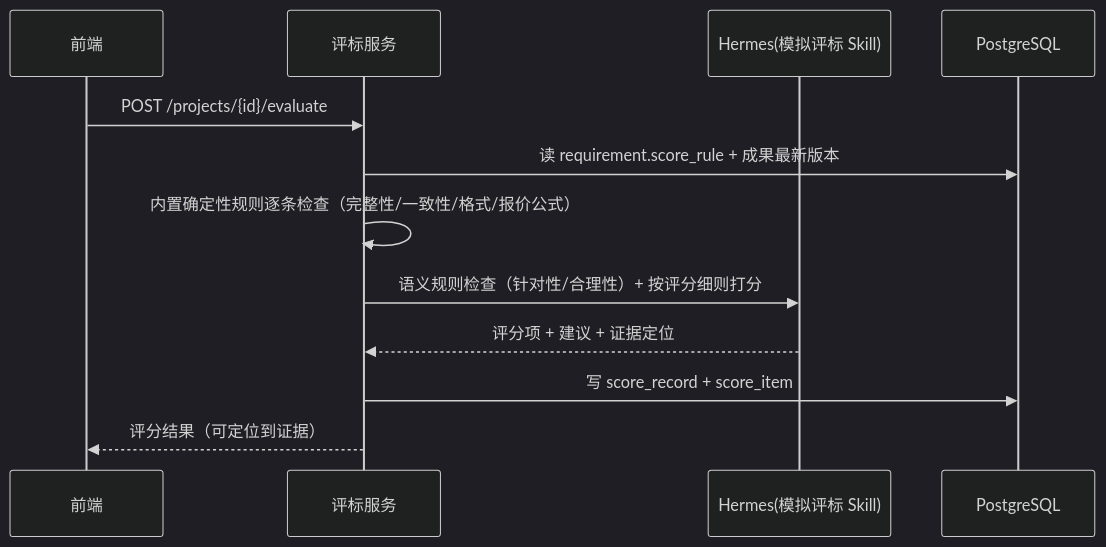
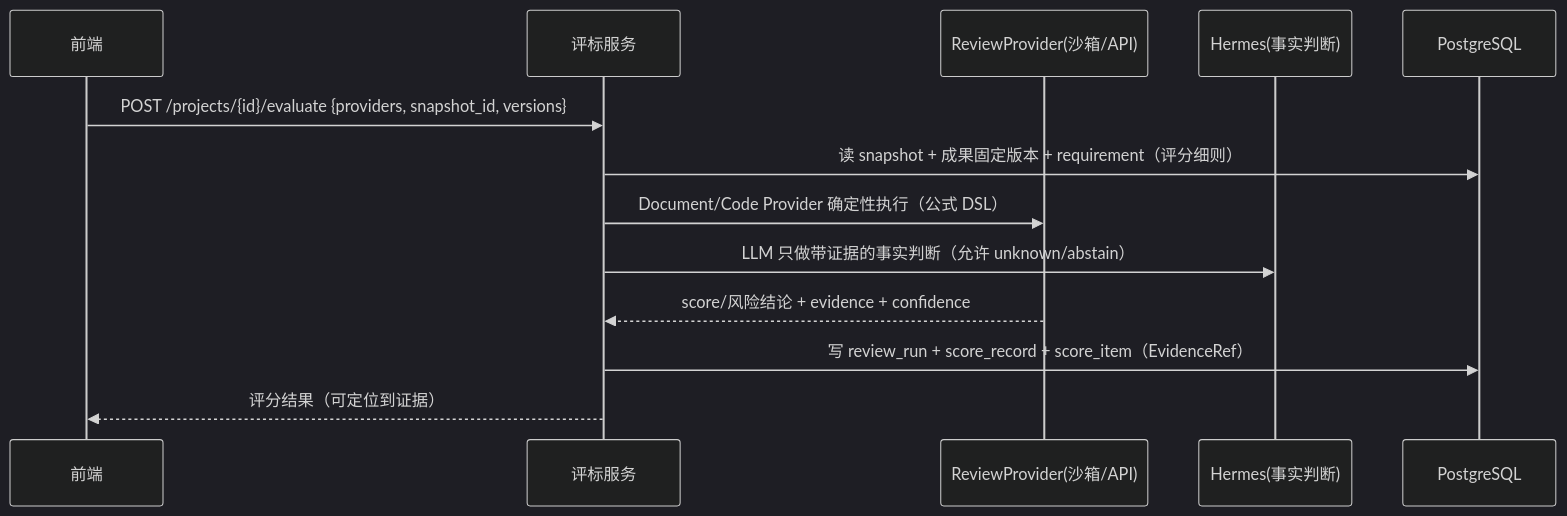
The eighth of 10 diagrams in docs/模块细化设计.md (aotocode2026/BidVolt), drawn with Mermaid (dark theme) before and after one commit. The commit also changed other lines of this file and 6 other files, not shown here.

Commit message:
docs: 按 Issue #1 产品决策修订架构(PostgreSQL+RLS/任务级授权/SSE白名单/ReviewProvider/最小快照/报价AI边界/材料归属/MCP契约补全)

````diff
--- a/docs/模块细化设计.md
+++ b/docs/模块细化设计.md
@@ -714,14 +763,15 @@
 ```mermaid
 sequenceDiagram
     participant U as 前端
     participant API as 评标服务
-    participant H as Hermes(模拟评标 Skill)
+    participant P as ReviewProvider(沙箱/API)
+    participant H as Hermes(事实判断)
     participant DB as PostgreSQL
-    U->>API: POST /projects/{id}/evaluate
-    API->>DB: 读 requirement.score_rule + 成果最新版本
-    API->>API: 内置确定性规则逐条检查（完整性/一致性/格式/报价公式）
-    API->>H: 语义规则检查（针对性/合理性）+ 按评分细则打分
-    H-->>API: 评分项 + 建议 + 证据定位
-    API->>DB: 写 score_record + score_item
+    U->>API: POST /projects/{id}/evaluate {providers, snapshot_id, versions}
+    API->>DB: 读 snapshot + 成果固定版本 + requirement（评分细则）
+    API->>P: Document/Code Provider 确定性执行（公式 DSL）
+    API->>H: LLM 只做带证据的事实判断（允许 unknown/abstain）
+    P-->>API: score/风险结论 + evidence + confidence
+    API->>DB: 写 review_run + score_record + score_item（EvidenceRef）
     API-->>U: 评分结果（可定位到证据）
 ```
````
